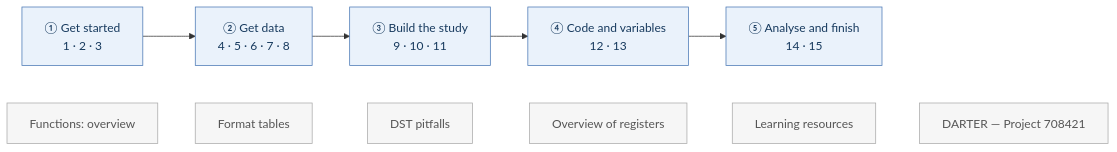
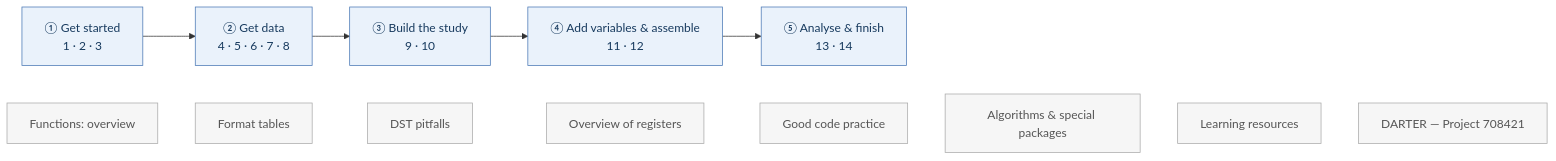
Before and after one commit to steno-aarhus/registers-guide: the diagram in docs/en/index.qmd, drawn with Mermaid. The commit also changed other lines of this file and 44 other files, not shown here.

````diff
--- a/docs/en/index.qmd
+++ b/docs/en/index.qmd
@@ -55,9 +55,9 @@
 ```{mermaid}
 flowchart LR
-    S1["①  Get started<br>1 · 2 · 3"] --> S2["②  Get data<br>4 · 5 · 6 · 7 · 8"] --> S3["③  Build the study<br>9 · 10 · 11"] --> S4["④  Code and variables<br>12 · 13"] --> S5["⑤  Analyse and finish<br>14 · 15"]
-    O1["Functions: overview"] ~~~ O2["Format tables"] ~~~ O3["DST pitfalls"] ~~~ O4["Overview of registers"] ~~~ O5["Learning resources"] ~~~ O6["DARTER — Project 708421"]
+    S1["①  Get started<br>1 · 2 · 3"] --> S2["②  Get data<br>4 · 5 · 6 · 7 · 8"] --> S3["③  Build the study<br>9 · 10"] --> S4["④  Add variables & assemble<br>11 · 12"] --> S5["⑤  Analyse & finish<br>13 · 14"]
+    O1["Functions: overview"] ~~~ O2["Format tables"] ~~~ O3["DST pitfalls"] ~~~ O4["Overview of registers"] ~~~ O5["Good code practice"] ~~~ O6["Algorithms & special packages"] ~~~ O7["Learning resources"] ~~~ O8["DARTER — Project 708421"]
     classDef stage fill:#eaf2fb,stroke:#4a78b5,stroke-width:1px,color:#173a5e;
     classDef ref fill:#f6f6f6,stroke:#aaaaaa,color:#555555;
     class S1,S2,S3,S4,S5 stage
-    class O1,O2,O3,O4,O5,O6 ref
+    class O1,O2,O3,O4,O5,O6,O7,O8 ref
 ```
````
